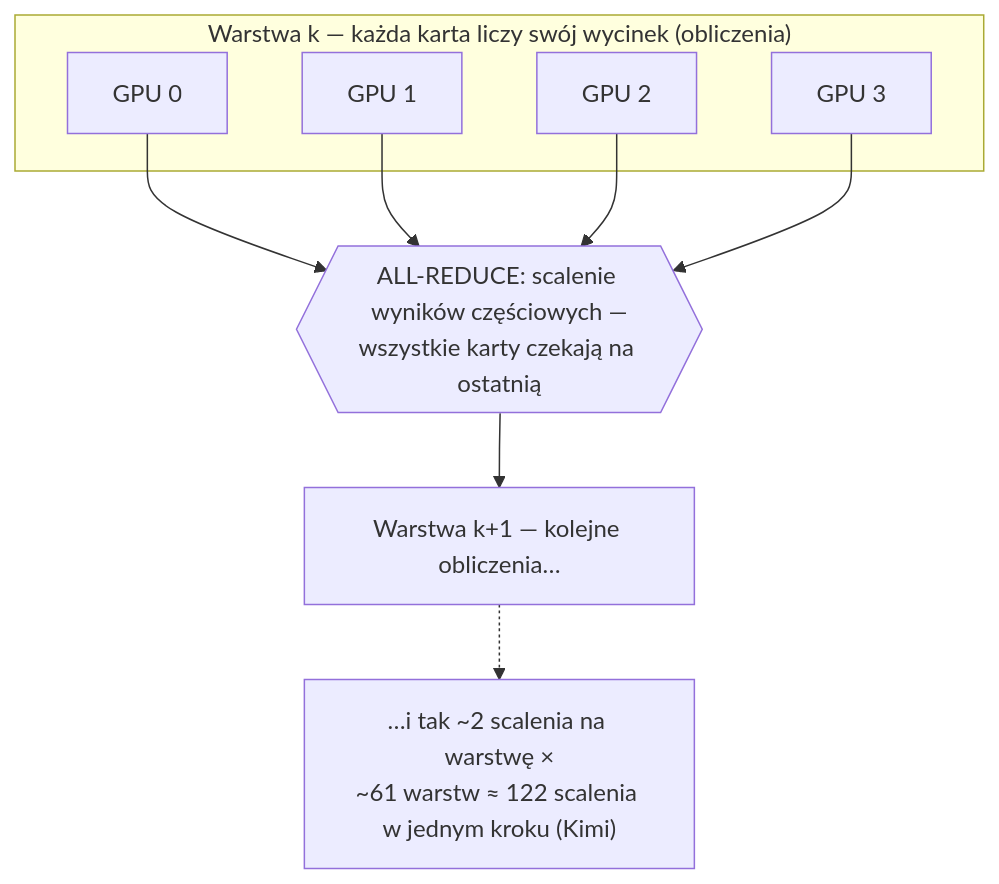
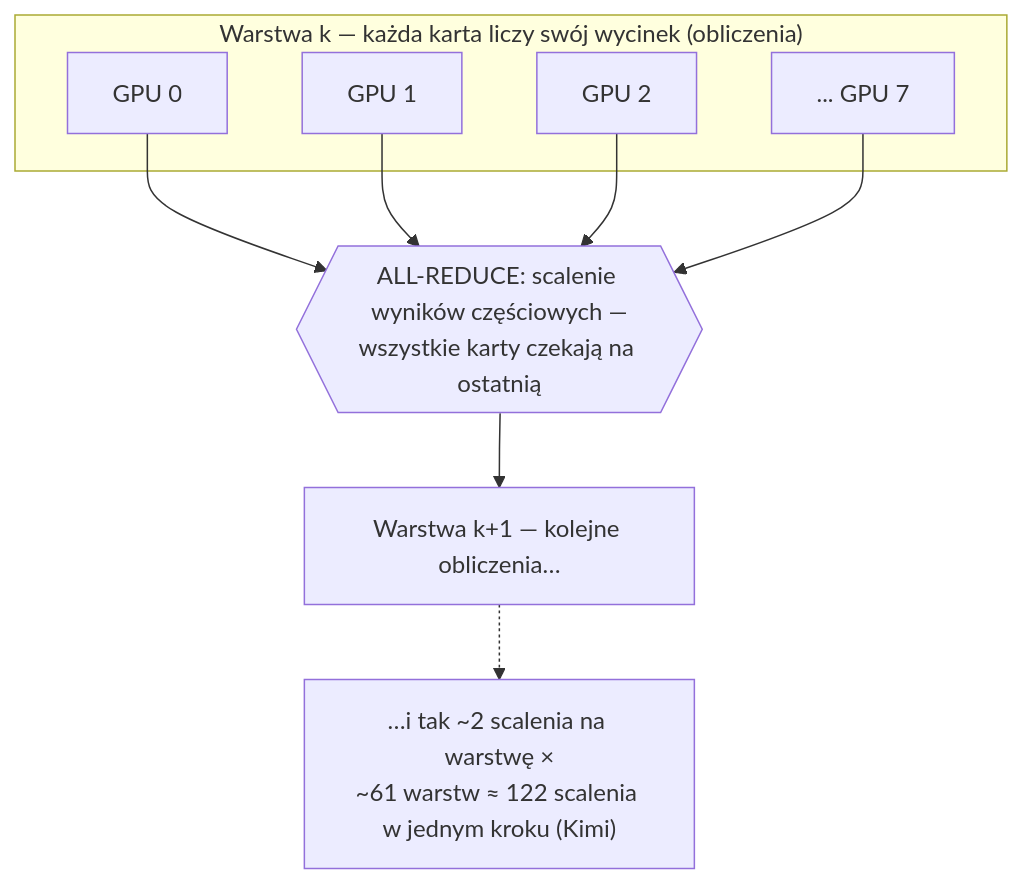
The third of 4 diagrams in docs/writeups/w1/nvlink-4way-notatka-decyzyjna.md (Czyszka/nanoserve-mini), drawn with Mermaid before and after one commit. The commit also changed other lines of this file and 2 other files, not shown here.

````diff
--- a/docs/writeups/w1/nvlink-4way-notatka-decyzyjna.md
+++ b/docs/writeups/w1/nvlink-4way-notatka-decyzyjna.md
@@ -349,15 +193,15 @@
 ```mermaid
 flowchart TD
     subgraph W1["Warstwa k — każda karta liczy swój wycinek (obliczenia)"]
         G0["GPU 0"]
         G1["GPU 1"]
         G2["GPU 2"]
-        G3["GPU 3"]
+        G3["... GPU 7"]
     end
     G0 --> AR{{"ALL-REDUCE: scalenie wyników częściowych —<br/>wszystkie karty czekają na ostatnią"}}
     G1 --> AR
     G2 --> AR
     G3 --> AR
     AR --> W2["Warstwa k+1 — kolejne obliczenia…"]
     W2 -.-> N["…i tak ~2 scalenia na warstwę ×<br/>~61 warstw ≈ 122 scalenia w jednym kroku (Kimi)"]
 ```
````
